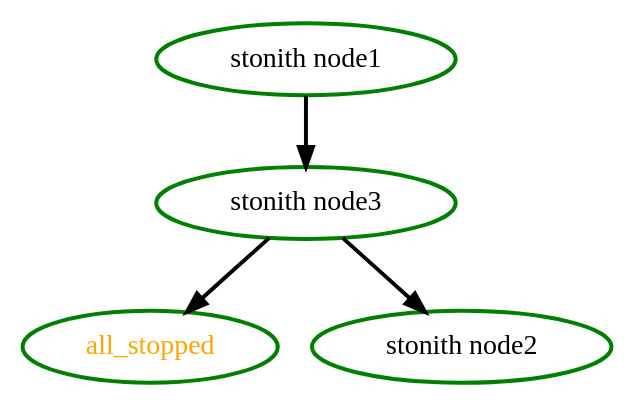
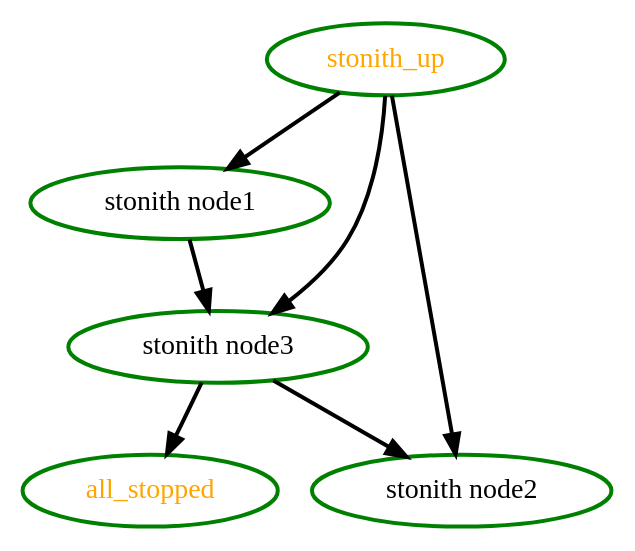
The diagram in crm/pengine/testcases/rec-node-14.dot (richiewen8/heartbeat), drawn with Graphviz before and after one commit. The commit also changed 33 other files, not shown here.

```diff
--- a/crm/pengine/testcases/rec-node-14.dot
+++ b/crm/pengine/testcases/rec-node-14.dot
@@ -1,9 +1,13 @@
  digraph "g" {
 "all_stopped" [ style=bold color="green" fontcolor="orange"  ]
 "stonith node1" -> "stonith node3" [ style = bold]
 "stonith node1" [ style=bold color="green" fontcolor="black" ]
 "stonith node2" [ style=bold color="green" fontcolor="black" ]
 "stonith node3" -> "all_stopped" [ style = bold]
 "stonith node3" -> "stonith node2" [ style = bold]
 "stonith node3" [ style=bold color="green" fontcolor="black" ]
+"stonith_up" -> "stonith node1" [ style = bold]
+"stonith_up" -> "stonith node2" [ style = bold]
+"stonith_up" -> "stonith node3" [ style = bold]
+"stonith_up" [ style=bold color="green" fontcolor="orange"  ]
 }
```
